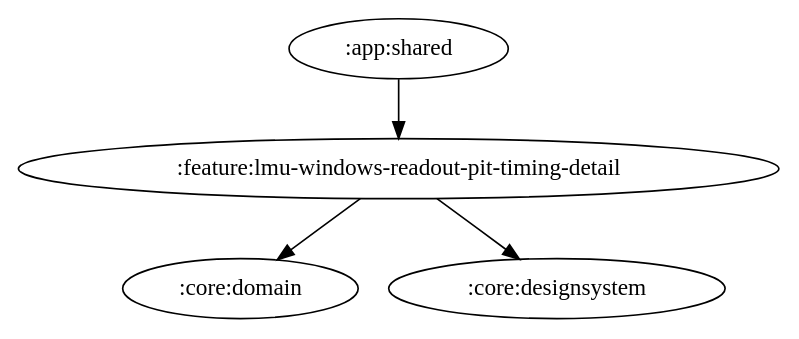
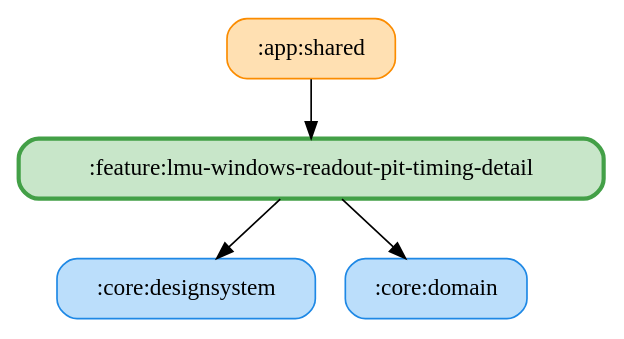
One commit to ai-kurou/KoDriver changed the diagram in docs/graphs/feature-lmu-windows-readout-pit-timing-detail.gv. Above: the diagram before and after it, drawn with Graphviz. The commit also changed 97 other files, not shown here.

Commit message:
chore: update module graph images

```diff
--- a/docs/graphs/feature-lmu-windows-readout-pit-timing-detail.gv
+++ b/docs/graphs/feature-lmu-windows-readout-pit-timing-detail.gv
@@ -1,6 +1,11 @@
 digraph G {
   rankdir=TB
+  node [shape=box, style="rounded,filled"]
+  ":app:shared" [fillcolor="#FFE0B2", color="#FB8C00", penwidth=1]
+  ":core:designsystem" [fillcolor="#BBDEFB", color="#1E88E5", penwidth=1]
+  ":core:domain" [fillcolor="#BBDEFB", color="#1E88E5", penwidth=1]
+  ":feature:lmu-windows-readout-pit-timing-detail" [fillcolor="#C8E6C9", color="#43A047", penwidth=2.5]
   ":app:shared" -> ":feature:lmu-windows-readout-pit-timing-detail"
   ":feature:lmu-windows-readout-pit-timing-detail" -> ":core:domain"
   ":feature:lmu-windows-readout-pit-timing-detail" -> ":core:designsystem"
 }
```
